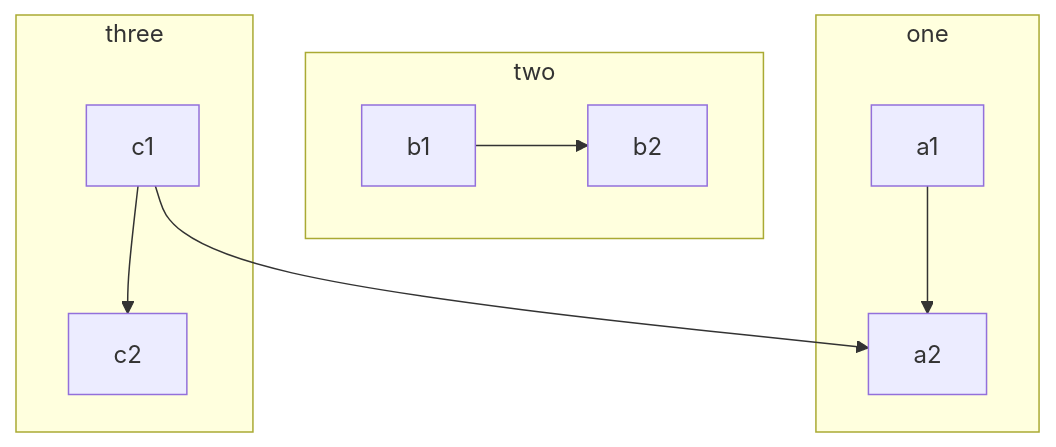
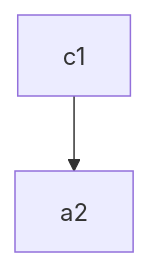
Before and after one commit to leon90dm/KS: the diagram in docs/src/markdown/index.md, drawn with Mermaid. The commit also changed other lines of this file and 12 other files, not shown here.

````diff
--- a/docs/src/markdown/index.md
+++ b/docs/src/markdown/index.md
@@ -6,13 +5,5 @@
-```mermaid
+``` mermaid
 graph TB
+
     c1-->a2
-    subgraph one
-    a1-->a2
-    end
-    subgraph two
-    b1-->b2
-    end
-    subgraph three
-    c1-->c2
-    end
 ```
````
